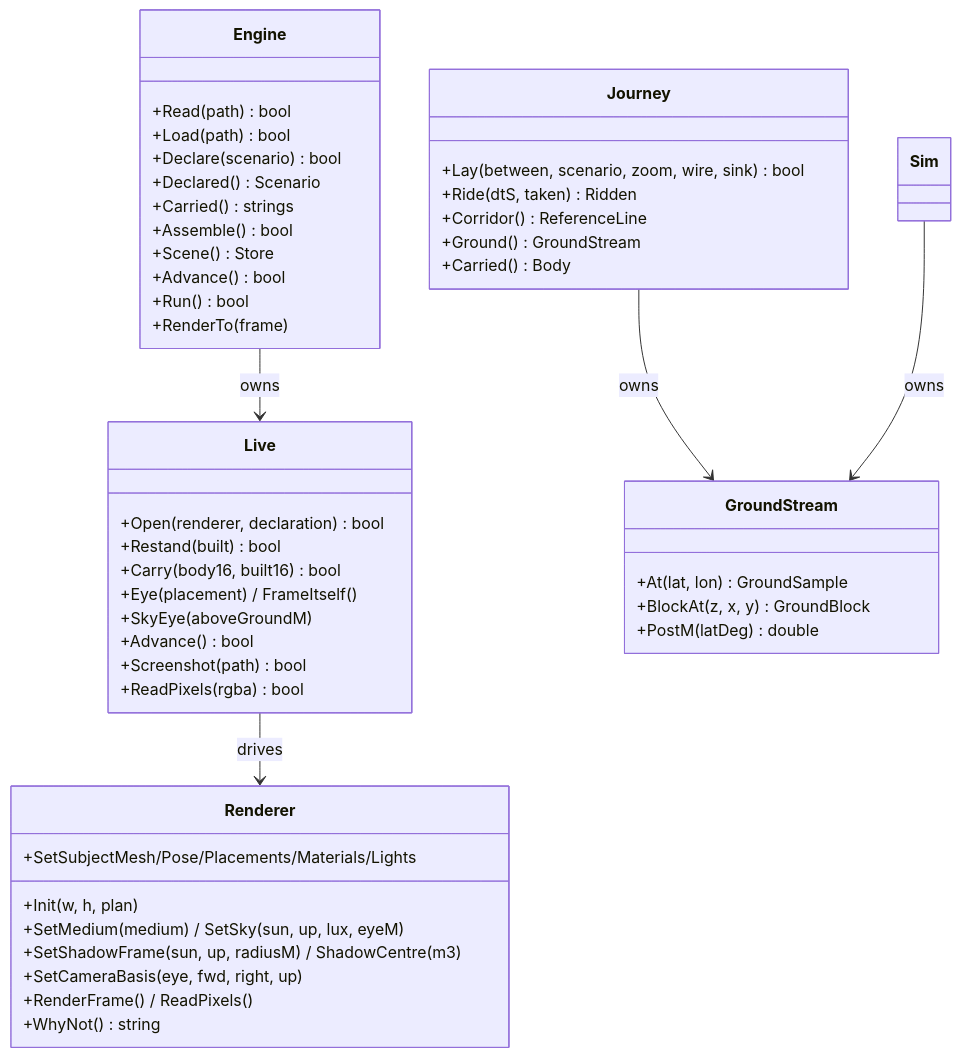
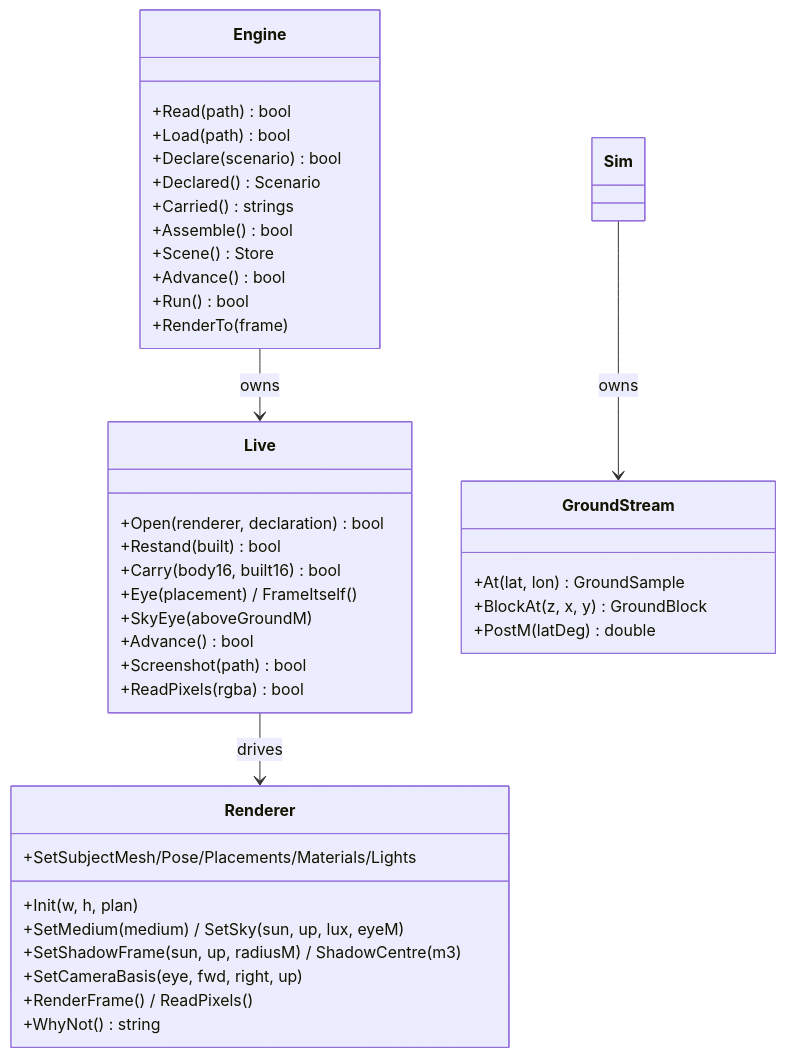
One commit to Weichwolf/outshine changed the eighth of 11 diagrams in CLAUDE.md. Above: the diagram before and after it, drawn with Mermaid. The commit also changed other lines of this file and 6 other files, not shown here.

````diff
--- a/CLAUDE.md
+++ b/CLAUDE.md
@@ -258,51 +257,43 @@
 ```mermaid
 classDiagram
   direction TB
   class Engine {
     +Read(path) bool
     +Load(path) bool
     +Declare(scenario) bool
     +Declared() Scenario
     +Carried() strings
     +Assemble() bool
     +Scene() Store
     +Advance() bool
     +Run() bool
     +RenderTo(frame)
   }
   class Live {
     +Open(renderer, declaration) bool
     +Restand(built) bool
     +Carry(body16, built16) bool
     +Eye(placement) / FrameItself()
     +SkyEye(aboveGroundM)
     +Advance() bool
     +Screenshot(path) bool
     +ReadPixels(rgba) bool
   }
   class Renderer {
     +Init(w, h, plan)
     +SetSubjectMesh/Pose/Placements/Materials/Lights
     +SetMedium(medium) / SetSky(sun, up, lux, eyeM)
     +SetShadowFrame(sun, up, radiusM) / ShadowCentre(m3)
     +SetCameraBasis(eye, fwd, right, up)
     +RenderFrame() / ReadPixels()
     +WhyNot() string
   }
   class GroundStream {
     +At(lat, lon) GroundSample
     +BlockAt(z, x, y) GroundBlock
     +PostM(latDeg) double
   }
-  class Journey {
-    +Lay(between, scenario, zoom, wire, sink) bool
-    +Ride(dtS, taken) Ridden
-    +Corridor() ReferenceLine
-    +Ground() GroundStream
-    +Carried() Body
-  }
   Engine --> Live : owns
   Live --> Renderer : drives
-  Journey --> GroundStream : owns
   Sim --> GroundStream : owns
 ```
````
